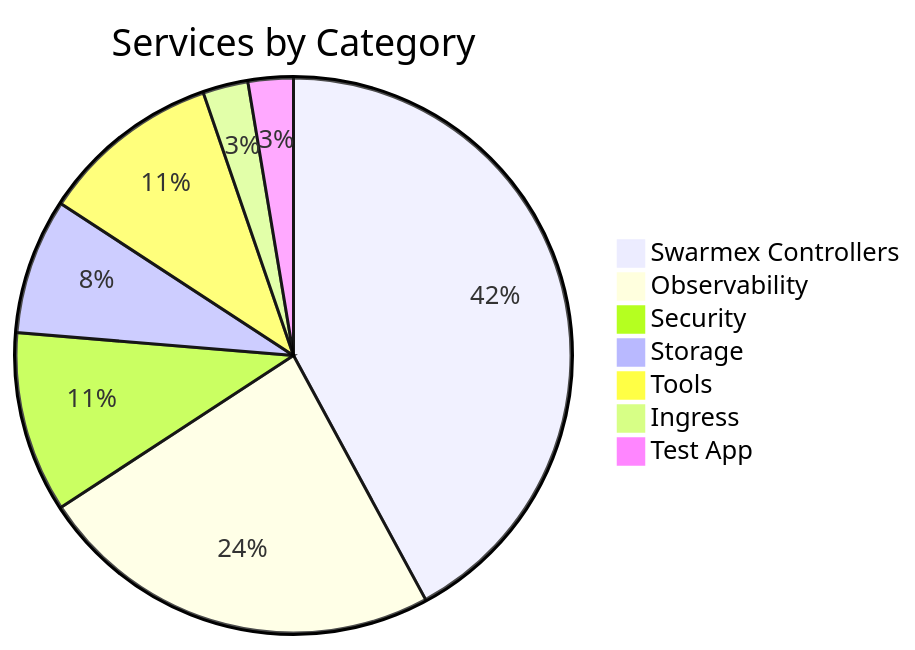
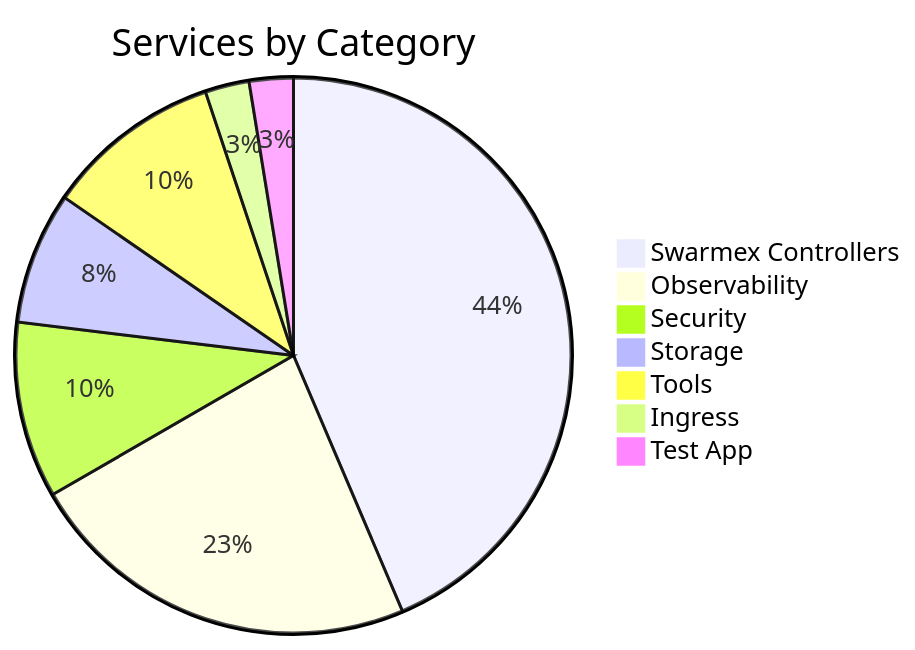
The second of 3 diagrams in README.md (ccvass/swarmex), drawn with Mermaid before and after one commit. The commit also changed other lines of this file and 5 other files, not shown here.

````diff
--- a/README.md
+++ b/README.md
@@ -200,10 +200,10 @@
 ```mermaid
 pie title Services by Category
-    "Swarmex Controllers" : 16
+    "Swarmex Controllers" : 17
     "Observability" : 9
     "Security" : 4
     "Storage" : 3
     "Tools" : 4
     "Ingress" : 1
     "Test App" : 1
 ```
````
